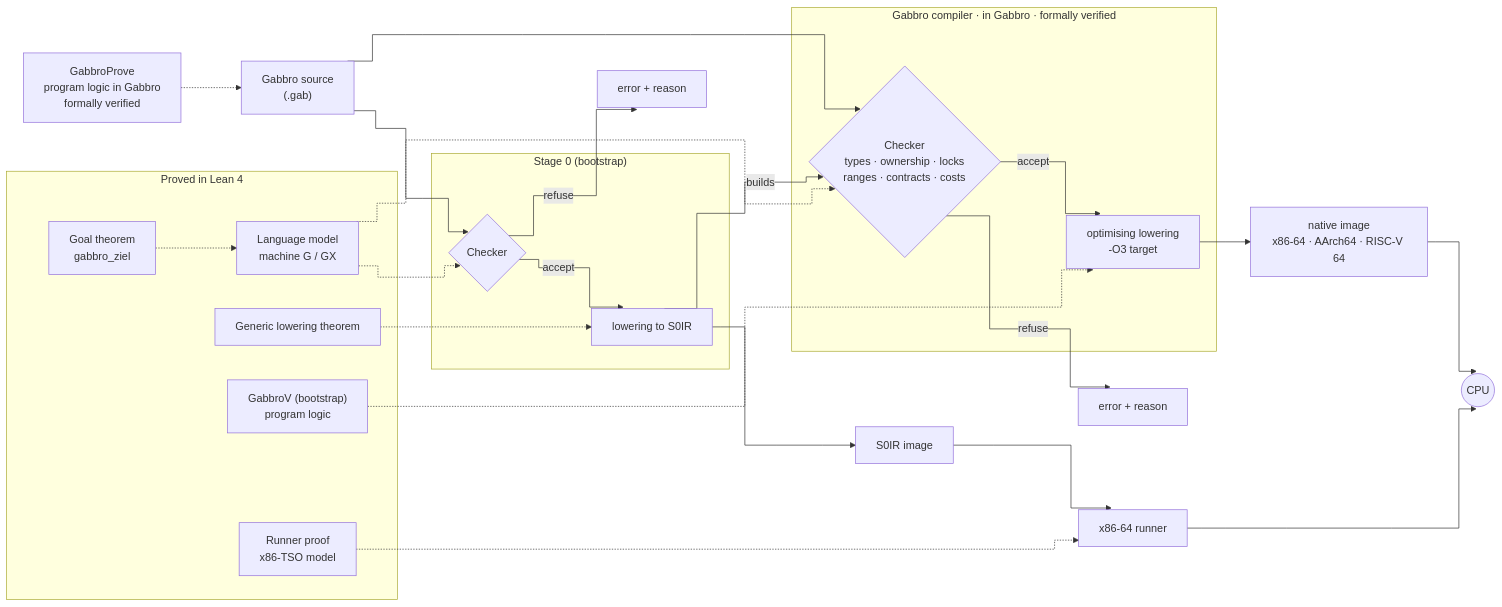
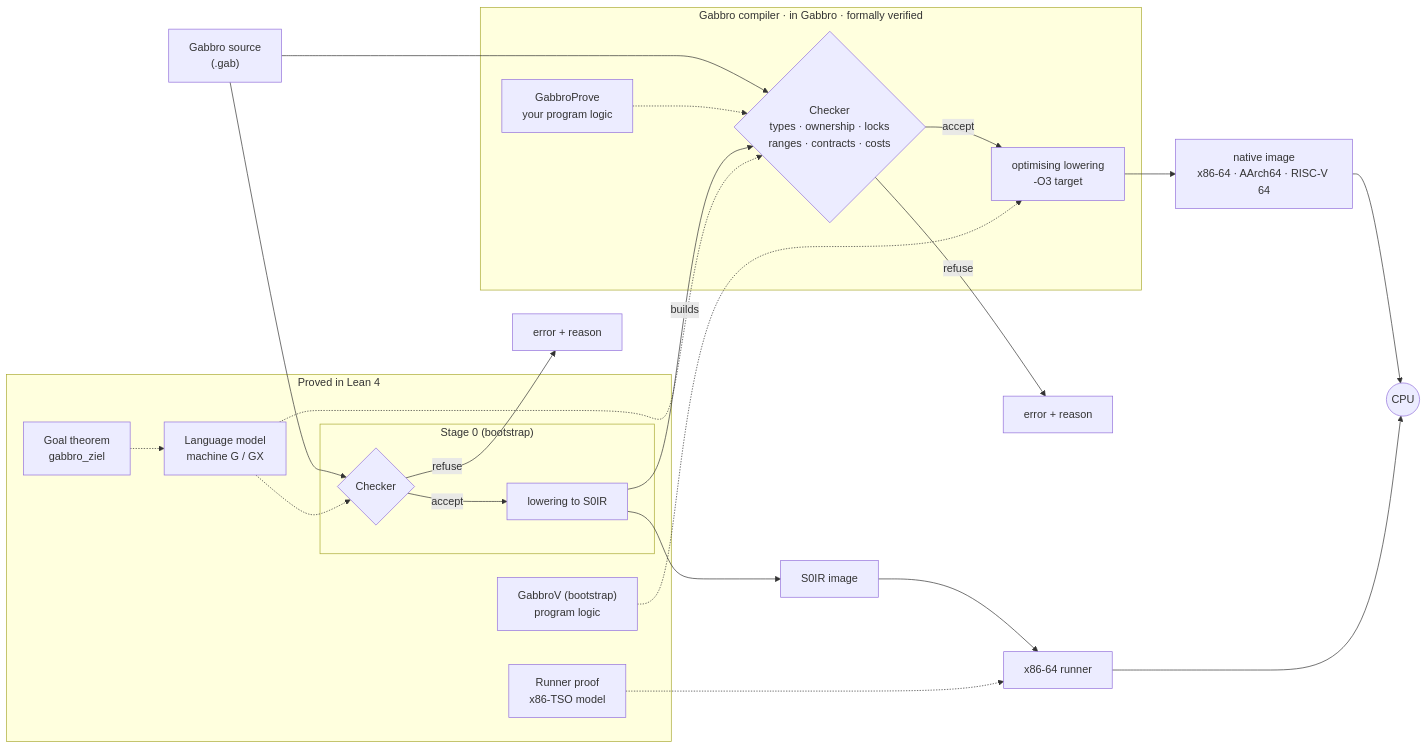
The diagram in README.md (SimonVitzethum/Gabbro), drawn with Mermaid before and after one commit.

Commit message:
docs(readme): GabbroProve inside the compiler, Stage 0 inside the Lean box, default edge routing
The init directive that forced step curves is removed; GitHub draws the edges itself.

````diff
--- a/README.md
+++ b/README.md
@@ -192,32 +192,28 @@
 ```mermaid
-%%{init: {"flowchart": {"curve": "step"}}}%%
 flowchart LR
-    prove["GabbroProve<br/>program logic in Gabbro<br/>formally verified"] -.-> src["Gabbro source<br/>(.gab)"]
-    src --> chk
+    src["Gabbro source<br/>(.gab)"] --> chk
     src --> chk0
 
     subgraph gc ["Gabbro compiler · in Gabbro · formally verified"]
+      prove["GabbroProve<br/>your program logic"] -.-> chk
       chk{"Checker<br/>types · ownership · locks<br/>ranges · contracts · costs"} -- accept --> opt["optimising lowering<br/>-O3 target"]
     end
     chk -- refuse --> err["error + reason"]
     opt --> bin["native image<br/>x86-64 · AArch64 · RISC-V 64"] --> cpu(("CPU"))
 
-    subgraph s0 ["Stage 0 (bootstrap)"]
-      chk0{"Checker"} -- accept --> low0["lowering to S0IR"]
+    subgraph lean ["Proved in Lean 4"]
+      goal["Goal theorem<br/>gabbro_ziel"] -.-> model["Language model<br/>machine G / GX"]
+      gv["GabbroV (bootstrap)<br/>program logic"]
+      subgraph s0 ["Stage 0 (bootstrap)"]
+        chk0{"Checker"} -- accept --> low0["lowering to S0IR"]
+      end
+      rt["Runner proof<br/>x86-TSO model"]
     end
     chk0 -- refuse --> err0["error + reason"]
     low0 --> img["S0IR image"] --> run["x86-64 runner"] --> cpu
     low0 -- builds --> chk
-
-    subgraph lean ["Proved in Lean 4"]
-      goal["Goal theorem<br/>gabbro_ziel"] -.-> model["Language model<br/>machine G / GX"]
-      gv["GabbroV (bootstrap)<br/>program logic"]
-      low["Generic lowering theorem"]
-      rt["Runner proof<br/>x86-TSO model"]
-    end
     model -.-> chk
     model -.-> chk0
     gv -.-> opt
-    low -.-> low0
     rt -.-> run
 ```
````
